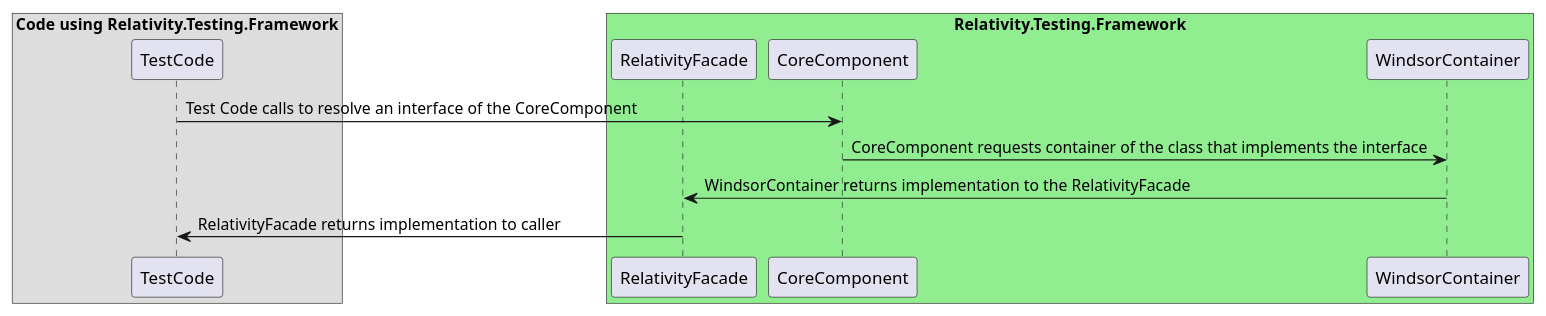
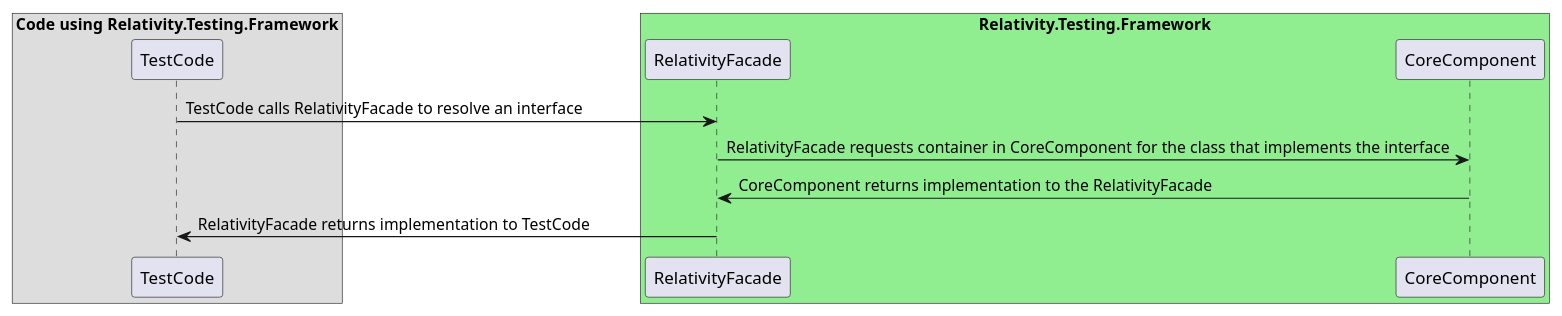
The diagram in docs/dev/SequenceDiagrams/UMLFiles/RegisteredServices.iuml (relativitydev/relativity.testing.framework), drawn with PlantUML before and after one commit.

Commit message:
TESTENG-1465: Remove windor mention, and update who the interface is requested from

```diff
--- a/docs/dev/SequenceDiagrams/UMLFiles/RegisteredServices.iuml
+++ b/docs/dev/SequenceDiagrams/UMLFiles/RegisteredServices.iuml
@@ -1,18 +1,17 @@
 @startuml Relativity.Testing.Framework RegisteredServices Sequence Diagram
 
 box "Code using Relativity.Testing.Framework"
 participant "TestCode"
 end box
 
 box "Relativity.Testing.Framework" #LightGreen
 participant "RelativityFacade"
 participant "CoreComponent"
-participant "WindsorContainer"
 end box
 
-"TestCode" -> "CoreComponent" : Test Code calls to resolve an interface of the CoreComponent
-"CoreComponent" -> "WindsorContainer" : CoreComponent requests container of the class that implements the interface
-"WindsorContainer" -> "RelativityFacade" : WindsorContainer returns implementation to the RelativityFacade
-"TestCode" <- "RelativityFacade" : RelativityFacade returns implementation to caller
+"TestCode" -> "RelativityFacade" : TestCode calls RelativityFacade to resolve an interface
+"RelativityFacade" -> "CoreComponent" : RelativityFacade requests container in CoreComponent for the class that implements the interface
+"CoreComponent" -> "RelativityFacade" : CoreComponent returns implementation to the RelativityFacade
+"TestCode" <- "RelativityFacade" : RelativityFacade returns implementation to TestCode
 
 @enduml
```
